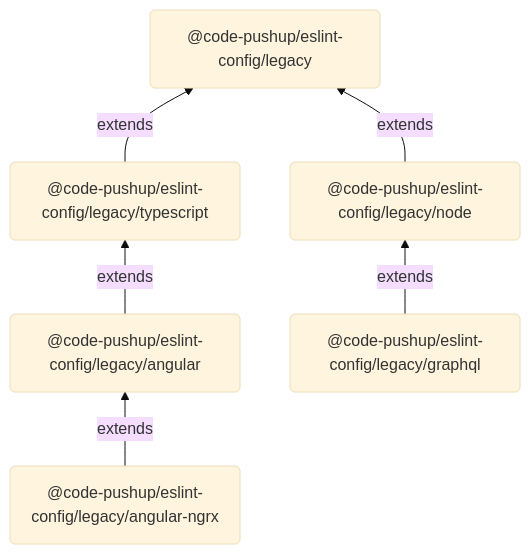
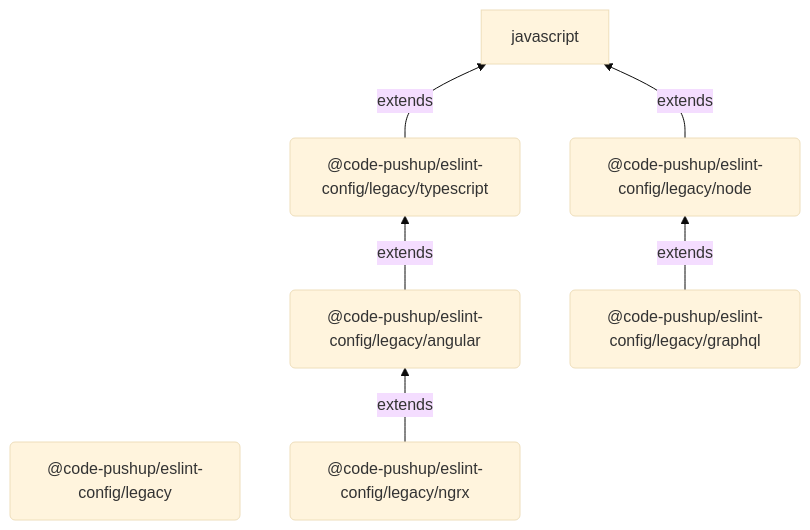
One commit to code-pushup/eslint-config changed the diagram in README.md. Above: the diagram before and after it, drawn with Mermaid (base theme). The commit also changed other lines of this file and 20 other files, not shown here.

````diff
--- a/README.md
+++ b/README.md
@@ -27,14 +27,14 @@
 ```mermaid
   graph BT;
     index("@code-pushup/eslint-config/legacy")
     typescript("@code-pushup/eslint-config/legacy/typescript")
     node("@code-pushup/eslint-config/legacy/node")
     angular("@code-pushup/eslint-config/legacy/angular")
-    angular-ngrx("@code-pushup/eslint-config/legacy/angular-ngrx")
+    ngrx("@code-pushup/eslint-config/legacy/ngrx")
     graphql("@code-pushup/eslint-config/legacy/graphql")
-    typescript --extends--> index
-    node --extends--> index
+    typescript --extends--> javascript
+    node --extends--> javascript
     angular --extends--> typescript
-    angular-ngrx --extends--> angular
+    ngrx --extends--> angular
     graphql --extends--> node
 ```
````
